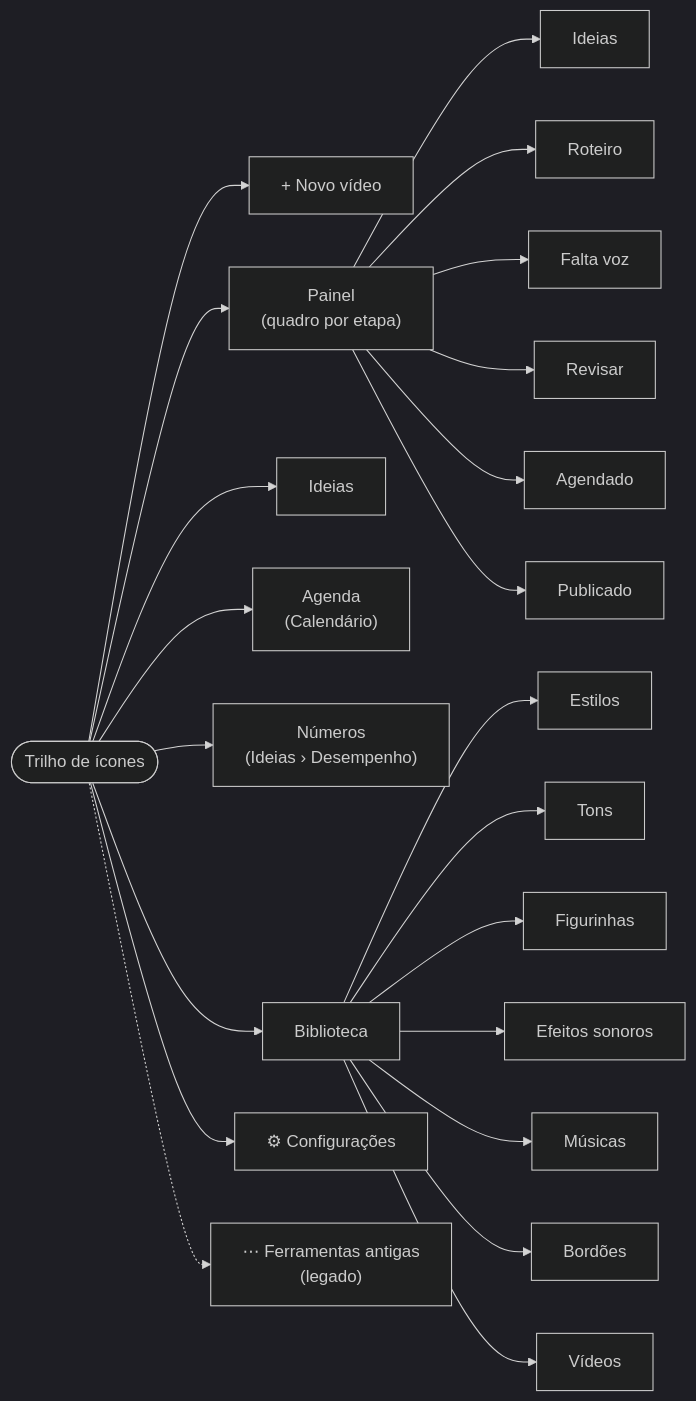
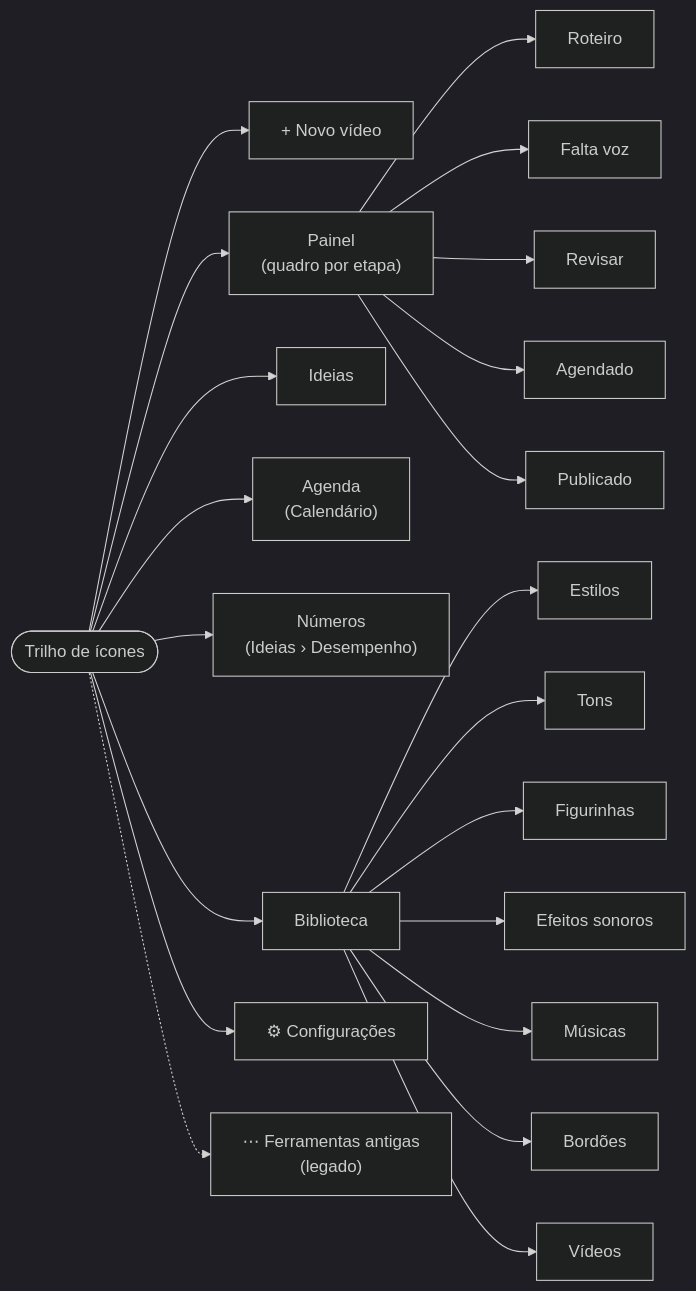
The diagram in docs/diagramas/03-outras-telas.mmd (Edugiyuu/InstaSearch), drawn with Mermaid (dark theme) before and after one commit. The commit also changed 6 other files, not shown here.

First line of the commit message:
fix: Painel sem a coluna Ideias, para sobrar espaço (ADR 0038, adendo)

```diff
--- a/docs/diagramas/03-outras-telas.mmd
+++ b/docs/diagramas/03-outras-telas.mmd
@@ -1,11 +1,11 @@
 flowchart LR
     MENU(["Trilho de ícones"]) --> NOVO["+ Novo vídeo"]
     MENU --> PAINEL["Painel<br/>(quadro por etapa)"]
     MENU --> IDEIAS["Ideias"]
     MENU --> CAL["Agenda<br/>(Calendário)"]
     MENU --> NUM["Números<br/>(Ideias › Desempenho)"]
     MENU --> BIB["Biblioteca"]
     MENU --> CFG["⚙ Configurações"]
     MENU -.-> OLD["⋯ Ferramentas antigas<br/>(legado)"]
-    PAINEL --> C1["Ideias"] & C2["Roteiro"] & C3["Falta voz"] & C4["Revisar"] & C5["Agendado"] & C6["Publicado"]
+    PAINEL --> C2["Roteiro"] & C3["Falta voz"] & C4["Revisar"] & C5["Agendado"] & C6["Publicado"]
     BIB --> EST["Estilos"] & B7["Tons"] & B3["Figurinhas"] & B4["Efeitos sonoros"] & B5["Músicas"] & B6["Bordões"] & B2["Vídeos"]
```
